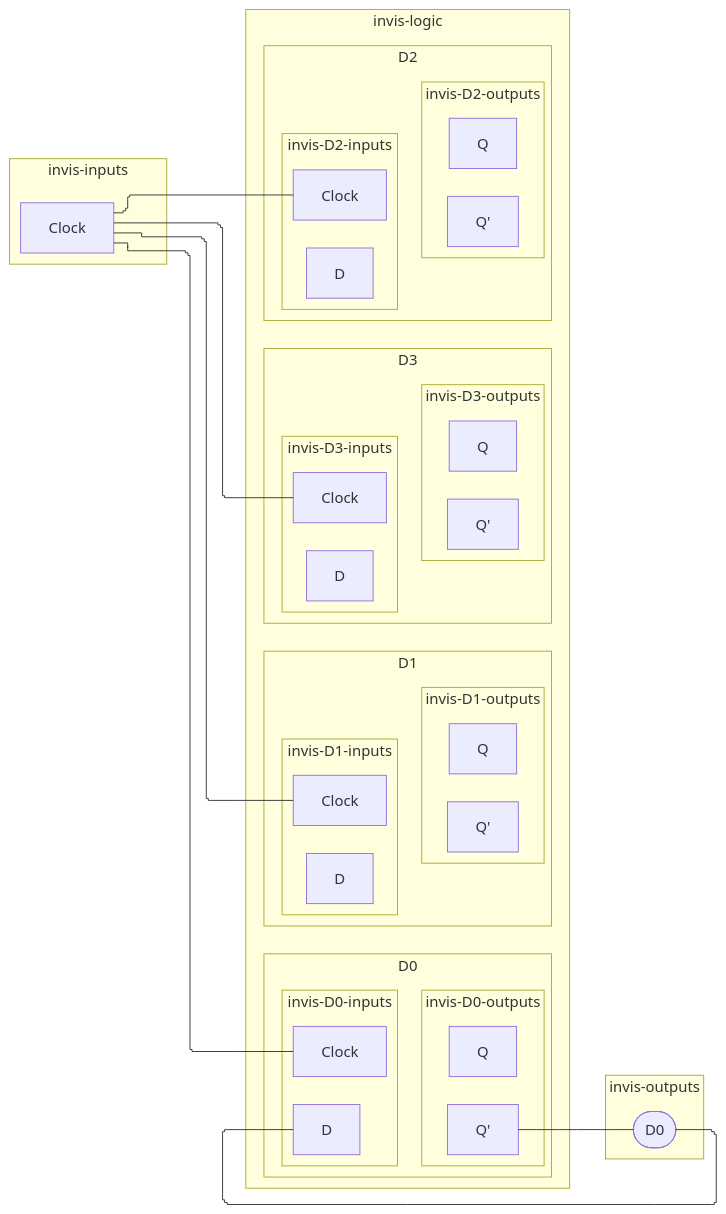
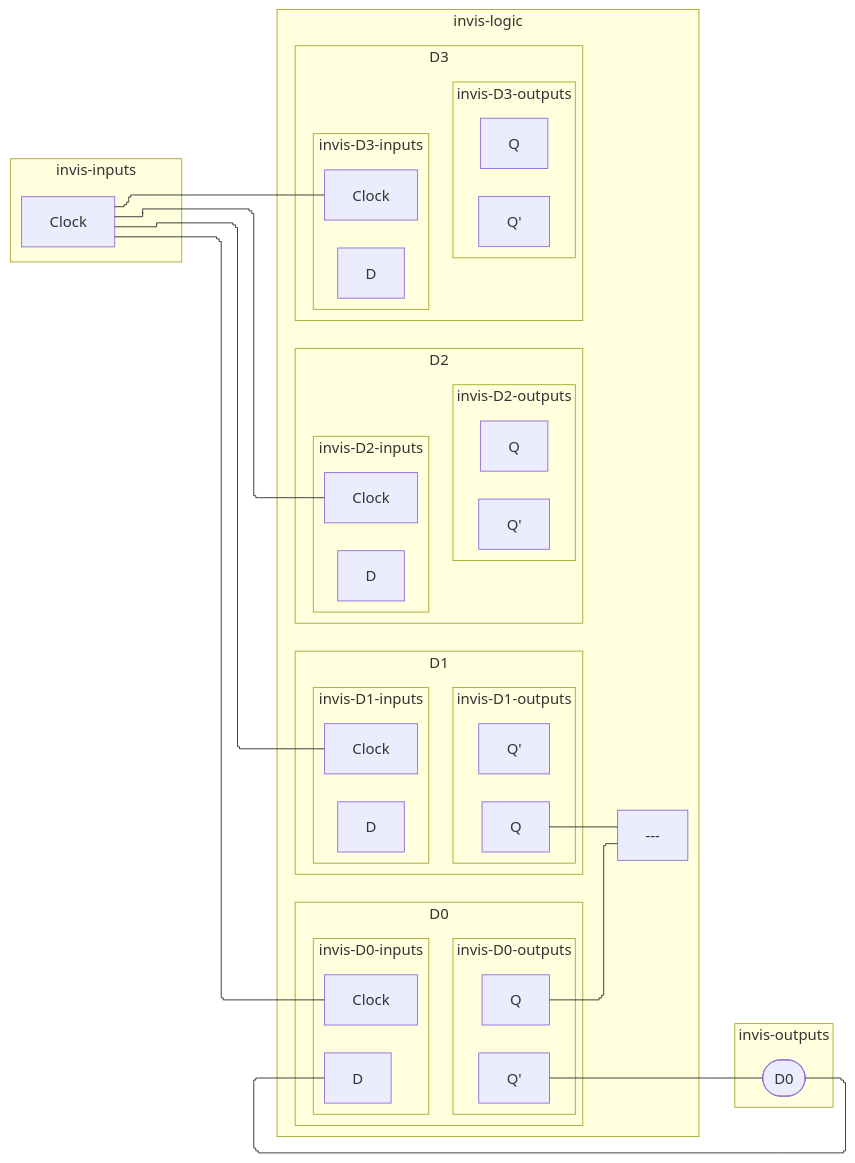
One commit to tnichols217/notes changed the sixth of 6 diagrams in CSDS 281 - Logic Design/HW/8/Tables.md. Above: the diagram before and after it, drawn with Mermaid.

Commit message:
vault backup: 2024-04-05 00:26:51

````diff
--- a/CSDS 281 - Logic Design/HW/8/Tables.md
+++ b/CSDS 281 - Logic Design/HW/8/Tables.md
@@ -249,62 +249,64 @@
 ```mermaid
 %%{ init: { 'flowchart': { 'curve': 'stepBefore', "defaultRenderer": "elk" } } }%%
 flowchart LR
 subgraph invis-inputs
 	Clock
 end
 subgraph invis-logic
 	subgraph D0
 		subgraph invis-D0-inputs
 			D0i[D]
 			D0c[Clock]
 		end
 		Clock --- D0c
 		subgraph invis-D0-outputs
 			Q0[Q]
 			Q0P[Q']
 		end
 		invis-D0-inputs ~~~ invis-D0-outputs
 	end
 	subgraph D1
 		subgraph invis-D1-inputs
 			D1i[D]
 			D1c[Clock]
 		end
 		Clock --- D1c
 		subgraph invis-D1-outputs
 			Q1[Q]
 			Q1P[Q']
 		end
 		invis-D1-inputs ~~~ invis-D1-outputs
 	end
 	subgraph D2
 		subgraph invis-D2-inputs
 			D2i[D]
 			D2c[Clock]
 		end
 		Clock --- D2c
 		subgraph invis-D2-outputs
 			Q2[Q]
 			Q2P[Q']
 		end
 		invis-D2-inputs ~~~ invis-D2-outputs
 	end
 	subgraph D3
 		subgraph invis-D3-inputs
 			D3i[D]
 			D3c[Clock]
 		end
 		Clock --- D3c
 		subgraph invis-D3-outputs
 			Q3[Q]
 			Q3P[Q']
 		end
 		invis-D3-inputs ~~~ invis-D3-outputs
 	end
+	Q0 & Q1 --- xor1[---]
 end
 subgraph invis-outputs
 	Q0P --- D0ii([D0])
 	D0ii --- D0i
+	
 end
 invis-inputs ~~~ invis-logic ~~~ invis-outputs
 ```
````
